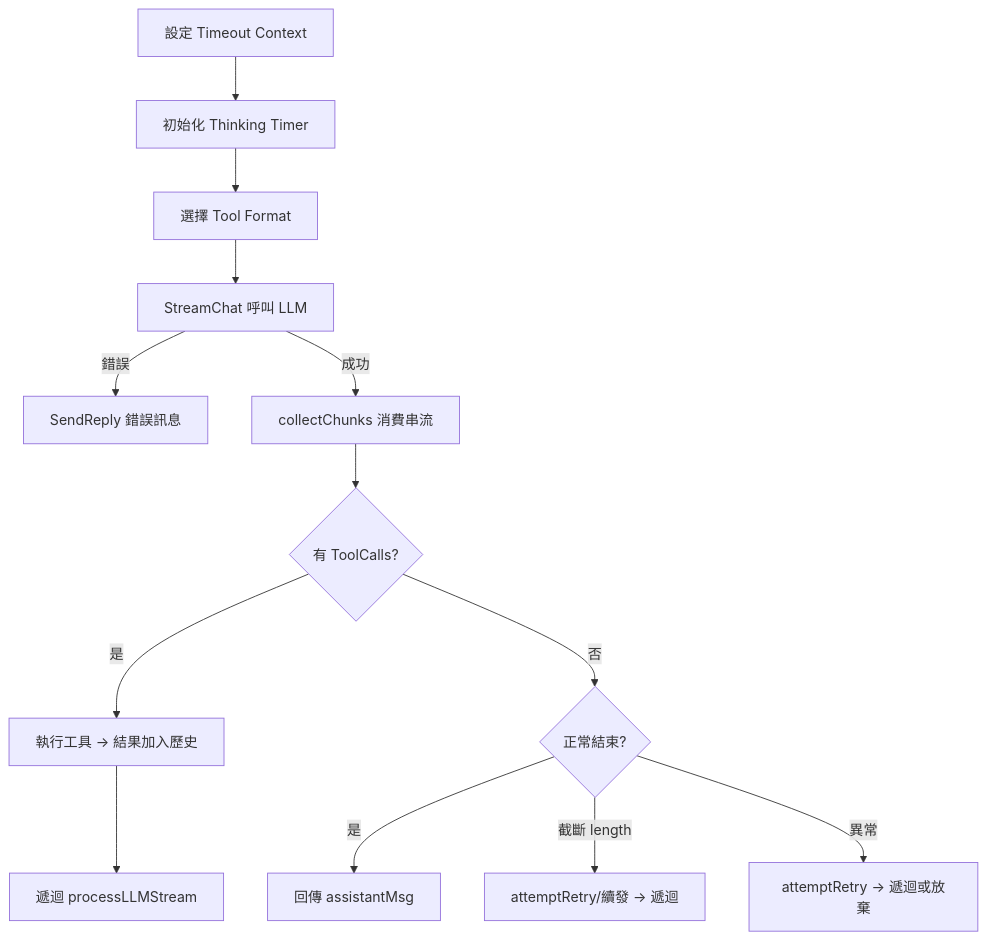
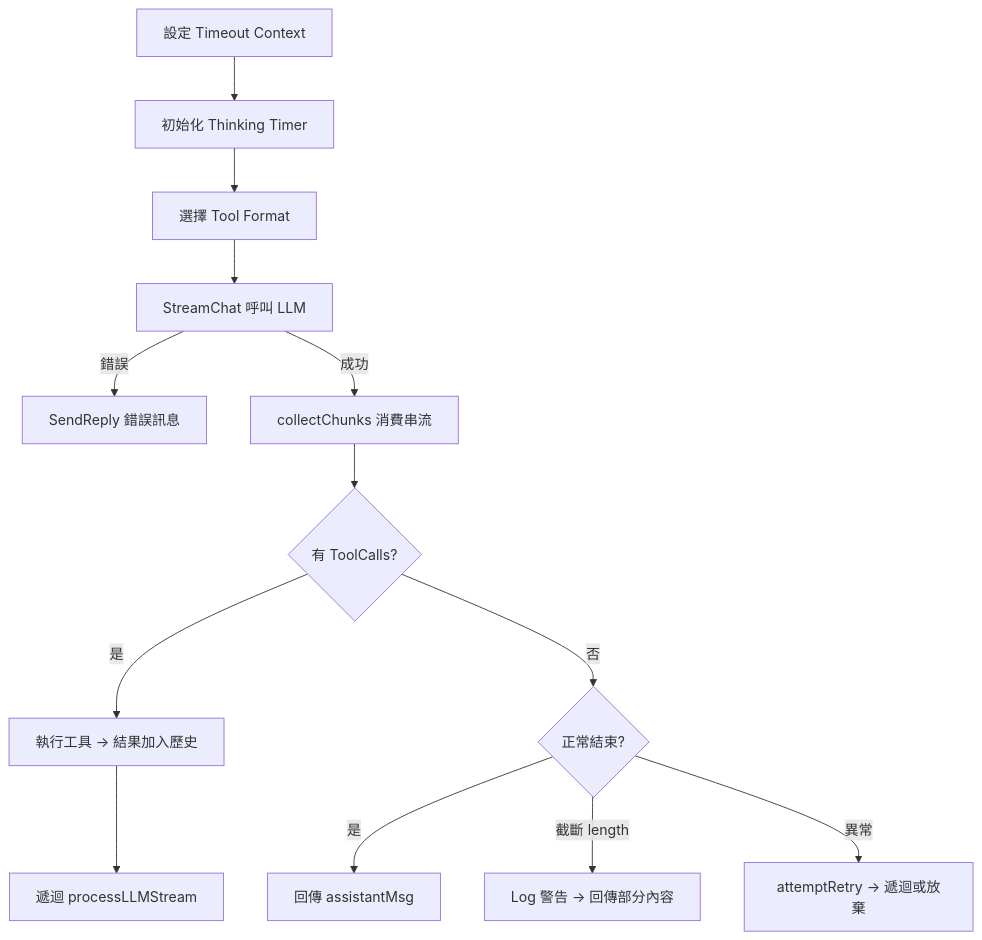
The second of 2 diagrams in genesis_architecture.md (win30221/genesis), drawn with Mermaid before and after one commit. The commit also changed other lines of this file and 4 other files, not shown here.

````diff
--- a/genesis_architecture.md
+++ b/genesis_architecture.md
@@ -340,15 +339,15 @@
 ```mermaid
 flowchart TD
     A["設定 Timeout Context"] --> B["初始化 Thinking Timer"]
     B --> C["選擇 Tool Format"]
     C --> D["StreamChat 呼叫 LLM"]
     D -->|錯誤| E["SendReply 錯誤訊息"]
     D -->|成功| F["collectChunks 消費串流"]
     F --> G{"有 ToolCalls?"}
     G -->|是| H["執行工具 → 結果加入歷史"]
     H --> I["遞迴 processLLMStream"]
     G -->|否| J{"正常結束?"}
     J -->|是| K["回傳 assistantMsg"]
-    J -->|截斷 length| L["attemptRetry/續發 → 遞迴"]
+    J -->|截斷 length| L["Log 警告 → 回傳部分內容"]
     J -->|異常| M["attemptRetry → 遞迴或放棄"]
 ```
````
